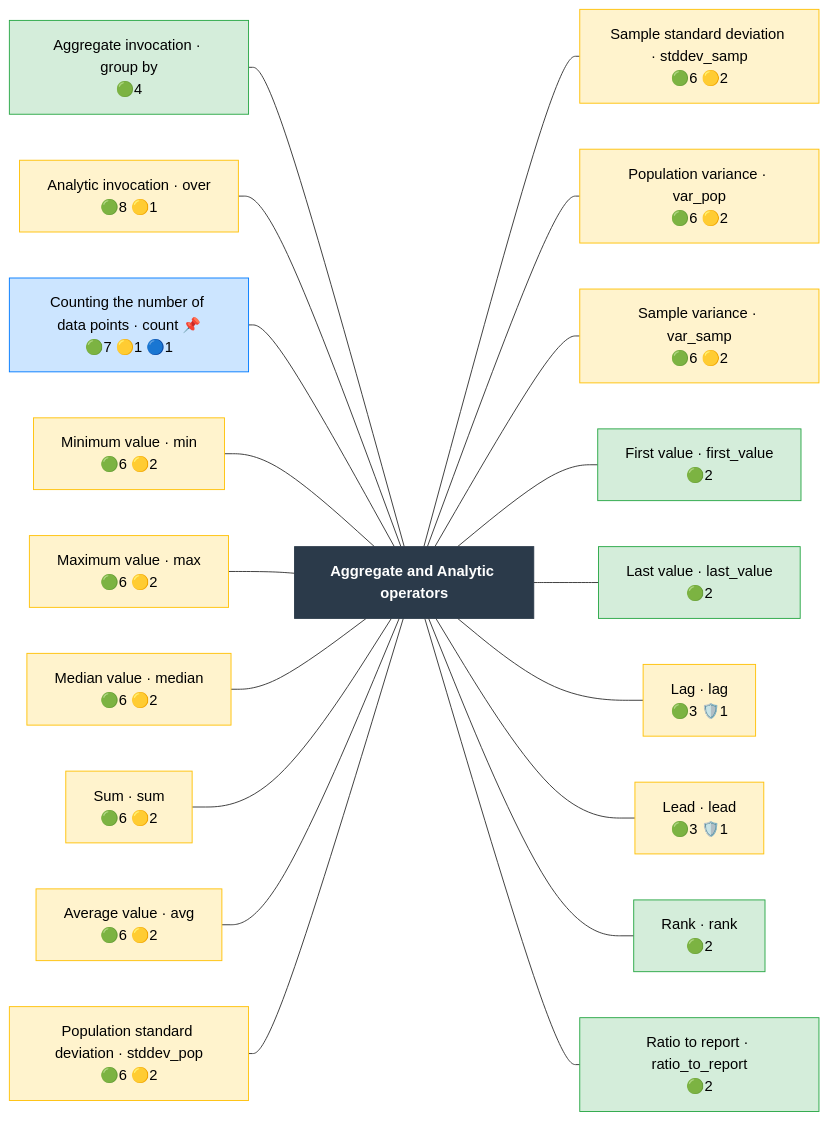
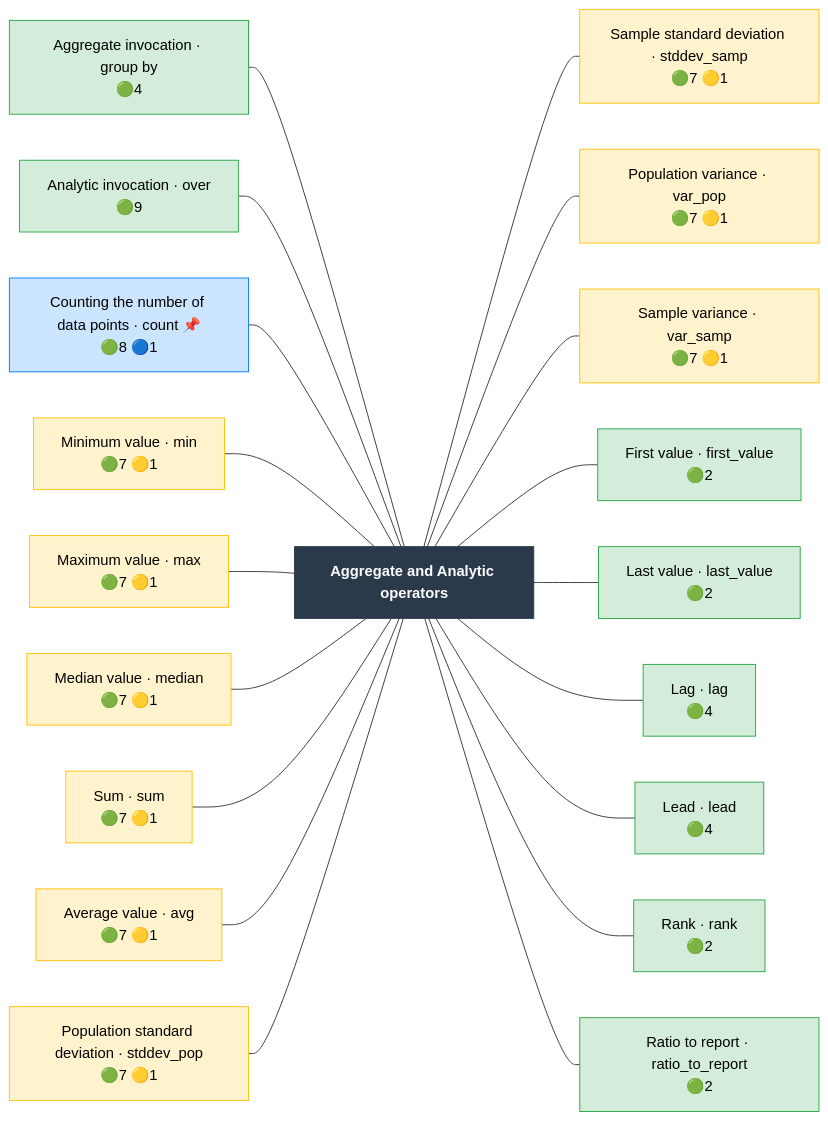
One commit to Meaningful-Data/vtlengine changed the diagram in docs/operator_map/aggregate/index.rst. Above: the diagram before and after it, drawn with Mermaid. The commit also changed other lines of this file and 140 other files, not shown here.

First line of the commit message:
Expect the error where the manual gives lag, lead and time_agg no default

```diff
--- a/docs/operator_map/aggregate/index.rst
+++ b/docs/operator_map/aggregate/index.rst
@@ -17,66 +17,66 @@
 .. mermaid::
    :config: {"flowchart": {"useMaxWidth": false}}
 
    flowchart LR
        classDef ok fill:#d4edda,stroke:#28a745,color:#000
        classDef partial fill:#fff3cd,stroke:#ffc107,color:#000
        classDef refused fill:#d4edda,stroke:#28a745,stroke-width:3px,stroke-dasharray: 2 2,color:#000
        classDef missing fill:#f8d7da,stroke:#dc3545,color:#000
        classDef diverge fill:#cce5ff,stroke:#007bff,color:#000
        classDef block fill:#2b3a4a,stroke:#2b3a4a,color:#fff,font-weight:bold
        classDef ext fill:#fff,stroke:#666,color:#000,stroke-dasharray: 5 5
        B["Aggregate and Analytic operators"]:::block
        aggregate__aggregate_invocation["Aggregate invocation · group by<br/>🟢4"]:::ok
-       aggregate__analytic_invocation["Analytic invocation · over<br/>🟢8 🟡1"]:::partial
-       aggregate__count["Counting the number of data points · count 📌<br/>🟢7 🟡1 🔵1"]:::diverge
-       aggregate__min["Minimum value · min<br/>🟢6 🟡2"]:::partial
-       aggregate__max["Maximum value · max<br/>🟢6 🟡2"]:::partial
-       aggregate__median["Median value · median<br/>🟢6 🟡2"]:::partial
-       aggregate__sum["Sum · sum<br/>🟢6 🟡2"]:::partial
-       aggregate__avg["Average value · avg<br/>🟢6 🟡2"]:::partial
-       aggregate__stddev_pop["Population standard deviation · stddev_pop<br/>🟢6 🟡2"]:::partial
-       aggregate__stddev_samp["Sample standard deviation · stddev_samp<br/>🟢6 🟡2"]:::partial
-       aggregate__var_pop["Population variance · var_pop<br/>🟢6 🟡2"]:::partial
-       aggregate__var_samp["Sample variance · var_samp<br/>🟢6 🟡2"]:::partial
+       aggregate__analytic_invocation["Analytic invocation · over<br/>🟢9"]:::ok
+       aggregate__count["Counting the number of data points · count 📌<br/>🟢8 🔵1"]:::diverge
+       aggregate__min["Minimum value · min<br/>🟢7 🟡1"]:::partial
+       aggregate__max["Maximum value · max<br/>🟢7 🟡1"]:::partial
+       aggregate__median["Median value · median<br/>🟢7 🟡1"]:::partial
+       aggregate__sum["Sum · sum<br/>🟢7 🟡1"]:::partial
+       aggregate__avg["Average value · avg<br/>🟢7 🟡1"]:::partial
+       aggregate__stddev_pop["Population standard deviation · stddev_pop<br/>🟢7 🟡1"]:::partial
+       aggregate__stddev_samp["Sample standard deviation · stddev_samp<br/>🟢7 🟡1"]:::partial
+       aggregate__var_pop["Population variance · var_pop<br/>🟢7 🟡1"]:::partial
+       aggregate__var_samp["Sample variance · var_samp<br/>🟢7 🟡1"]:::partial
        aggregate__first_value["First value · first_value<br/>🟢2"]:::ok
        aggregate__last_value["Last value · last_value<br/>🟢2"]:::ok
-       aggregate__lag["Lag · lag<br/>🟢3 🛡️1"]:::partial
-       aggregate__lead["Lead · lead<br/>🟢3 🛡️1"]:::partial
+       aggregate__lag["Lag · lag<br/>🟢4"]:::ok
+       aggregate__lead["Lead · lead<br/>🟢4"]:::ok
        aggregate__rank["Rank · rank<br/>🟢2"]:::ok
        aggregate__ratio_to_report["Ratio to report · ratio_to_report<br/>🟢2"]:::ok
        aggregate__aggregate_invocation --- B
        aggregate__analytic_invocation --- B
        aggregate__count --- B
        aggregate__min --- B
        aggregate__max --- B
        aggregate__median --- B
        aggregate__sum --- B
        aggregate__avg --- B
        aggregate__stddev_pop --- B
        B --- aggregate__stddev_samp
        B --- aggregate__var_pop
        B --- aggregate__var_samp
        B --- aggregate__first_value
        B --- aggregate__last_value
        B --- aggregate__lag
        B --- aggregate__lead
        B --- aggregate__rank
        B --- aggregate__ratio_to_report
        click aggregate__aggregate_invocation href "aggregate_invocation.html"
        click aggregate__analytic_invocation href "analytic_invocation.html"
        click aggregate__count href "count.html"
        click aggregate__min href "min.html"
        click aggregate__max href "max.html"
        click aggregate__median href "median.html"
        click aggregate__sum href "sum.html"
        click aggregate__avg href "avg.html"
        click aggregate__stddev_pop href "stddev_pop.html"
        click aggregate__stddev_samp href "stddev_samp.html"
        click aggregate__var_pop href "var_pop.html"
        click aggregate__var_samp href "var_samp.html"
        click aggregate__first_value href "first_value.html"
        click aggregate__last_value href "last_value.html"
        click aggregate__lag href "lag.html"
        click aggregate__lead href "lead.html"
        click aggregate__rank href "rank.html"
        click aggregate__ratio_to_report href "ratio_to_report.html"
```
